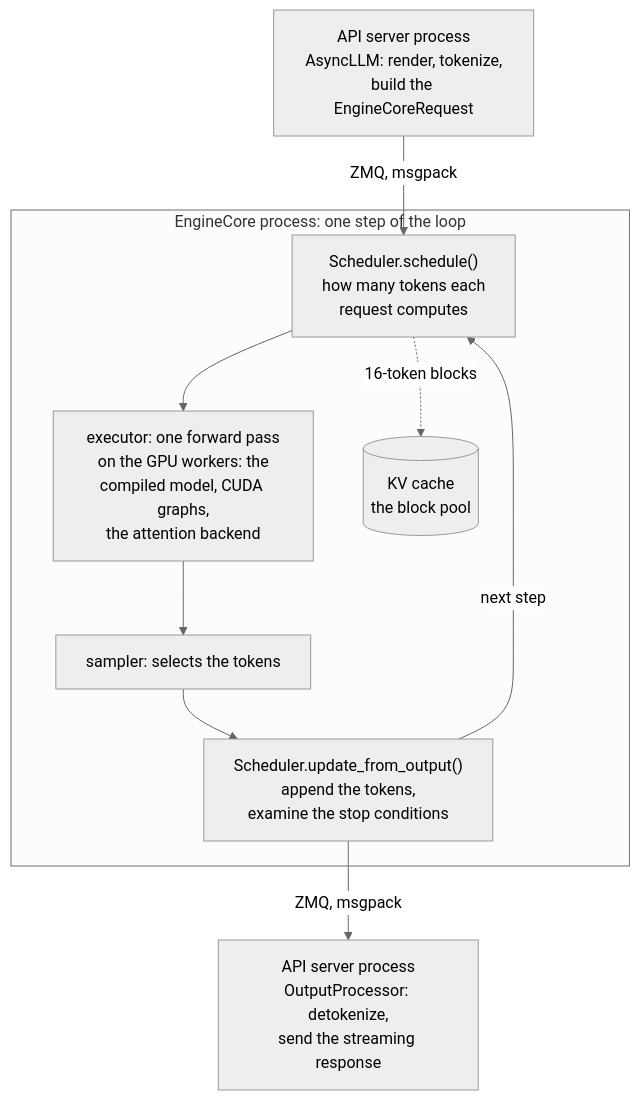
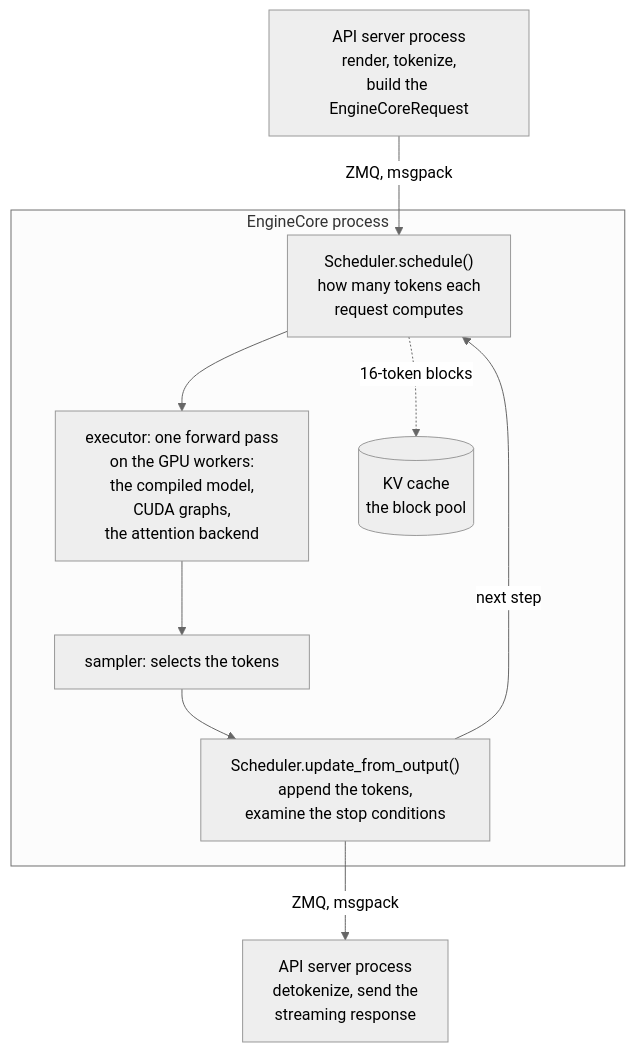
One commit to aniryou/full-stack-agentic-engineer changed the first of 3 diagrams in 04-inference-engine/vllm-internals/vllm-internals-primer.md. Above: the diagram before and after it, drawn with Mermaid (neutral theme). The commit also changed other lines of this file and 51 other files, not shown here.

````diff
--- a/04-inference-engine/vllm-internals/vllm-internals-primer.md
+++ b/04-inference-engine/vllm-internals/vllm-internals-primer.md
@@ -56,12 +56,12 @@
 ```mermaid
 flowchart TB
-  R["API server process<br/>AsyncLLM: render, tokenize,<br/>build the EngineCoreRequest"] -->|"ZMQ, msgpack"| S
-  subgraph CORE["EngineCore process: one step of the loop"]
-    S["Scheduler.schedule()<br/>how many tokens each<br/>request computes"] --> X["executor: one forward pass<br/>on the GPU workers: the<br/>compiled model, CUDA graphs,<br/>the attention backend"]
+  R["API server process<br/>render, tokenize,<br/>build the EngineCoreRequest"] -->|"ZMQ, msgpack"| S
+  subgraph CORE["EngineCore process"]
+    S["Scheduler.schedule()<br/>how many tokens each<br/>request computes"] --> X["executor: one forward pass<br/>on the GPU workers:<br/>the compiled model,<br/>CUDA graphs,<br/>the attention backend"]
     X --> P["sampler: selects the tokens"]
     P --> U["Scheduler.update_from_output()<br/>append the tokens,<br/>examine the stop conditions"]
     U -->|"next step"| S
     S -.->|"16-token blocks"| K[("KV cache<br/>the block pool")]
   end
-  U -->|"ZMQ, msgpack"| O["API server process<br/>OutputProcessor: detokenize,<br/>send the streaming response"]
+  U -->|"ZMQ, msgpack"| O["API server process<br/>detokenize, send the<br/>streaming response"]
 ```
````
